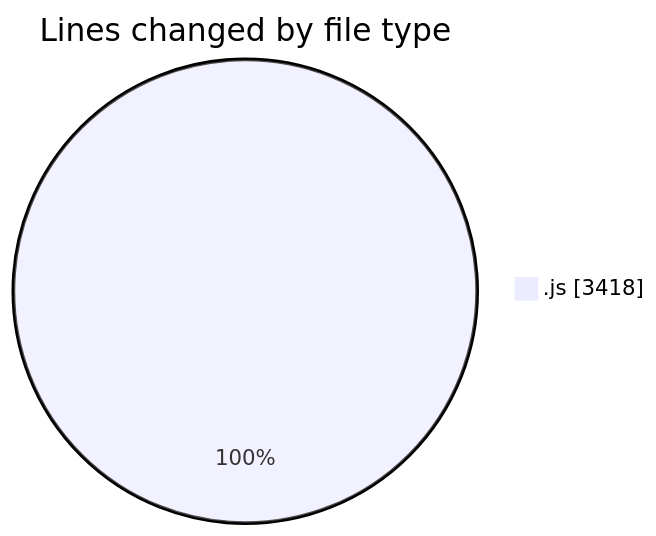
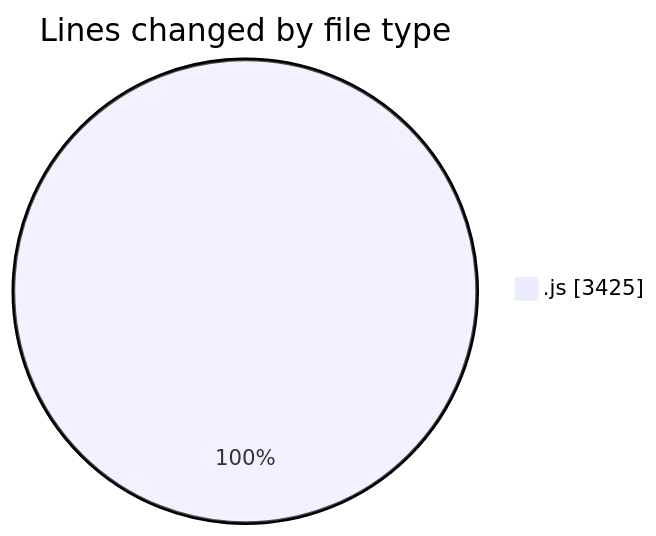
Before and after one commit to nxtqubesakshisongat/code-tracking: the first of 2 diagrams in 2025-09-03/nxtqube_webapp/README.md, drawn with Mermaid. The commit also changed other lines of this file and 1 other file, not shown here.

````diff
--- a/2025-09-03/nxtqube_webapp/README.md
+++ b/2025-09-03/nxtqube_webapp/README.md
@@ -20,5 +20,5 @@
 ```mermaid
 pie showData
 title Lines changed by file type
-".js" : 3418
+".js" : 3425
 ```
````
